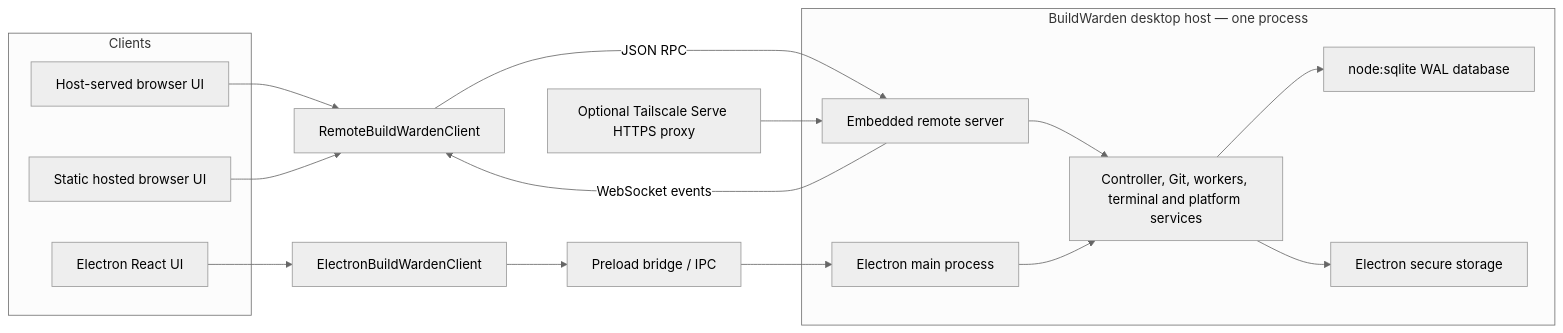
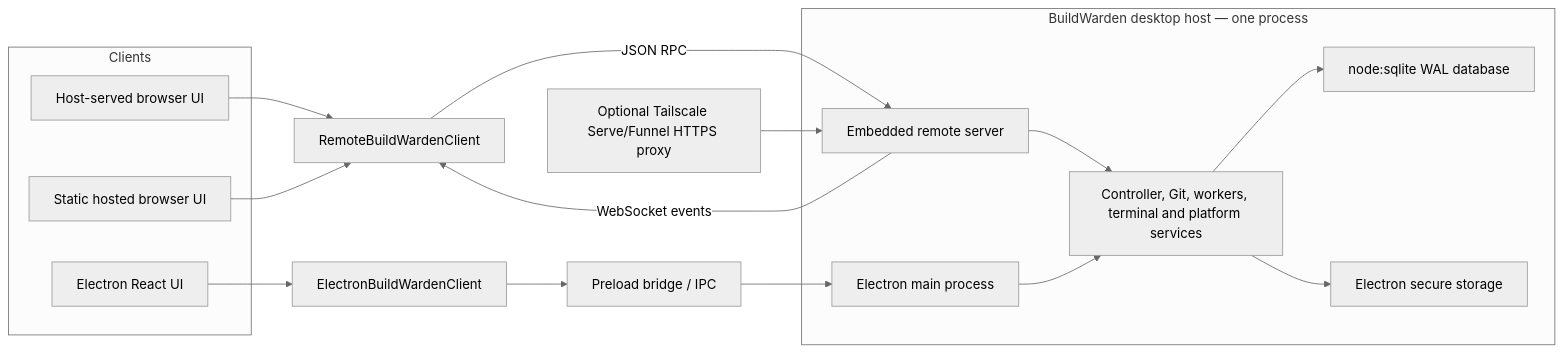
Before and after one commit to invetalcom/buildwarden: the diagram in README.md, drawn with Mermaid (neutral theme). The commit also changed other lines of this file and 70 other files, not shown here.

````diff
--- a/README.md
+++ b/README.md
@@ -142,31 +144,31 @@
 ```mermaid
 flowchart LR
     subgraph Clients
         Electron["Electron React UI"]
         Browser["Host-served browser UI"]
         Hosted["Static hosted browser UI"]
     end
 
     Electron --> ElectronClient["ElectronBuildWardenClient"]
     ElectronClient --> Preload["Preload bridge / IPC"]
 
     Browser --> RemoteClient["RemoteBuildWardenClient"]
     Hosted --> RemoteClient
 
     subgraph Host["BuildWarden desktop host — one process"]
         Server["Embedded remote server"]
         Main["Electron main process"]
         Services["Controller, Git, workers, terminal and platform services"]
         DB["node:sqlite WAL database"]
         Secrets["Electron secure storage"]
         Server --> Services
         Main --> Services
         Services --> DB
         Services --> Secrets
     end
 
     RemoteClient -->|"JSON RPC"| Server
     Server -->|"WebSocket events"| RemoteClient
-    Tailscale["Optional Tailscale Serve HTTPS proxy"] --> Server
+    Tailscale["Optional Tailscale Serve/Funnel HTTPS proxy"] --> Server
     Preload --> Main
 ```
````
